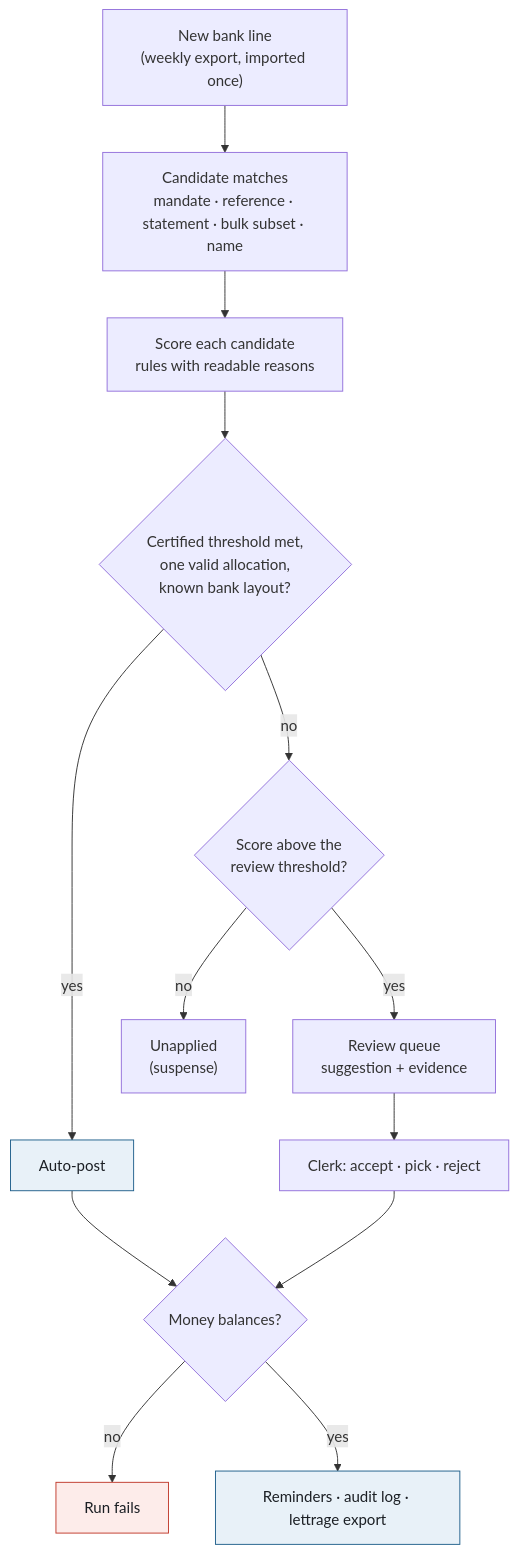
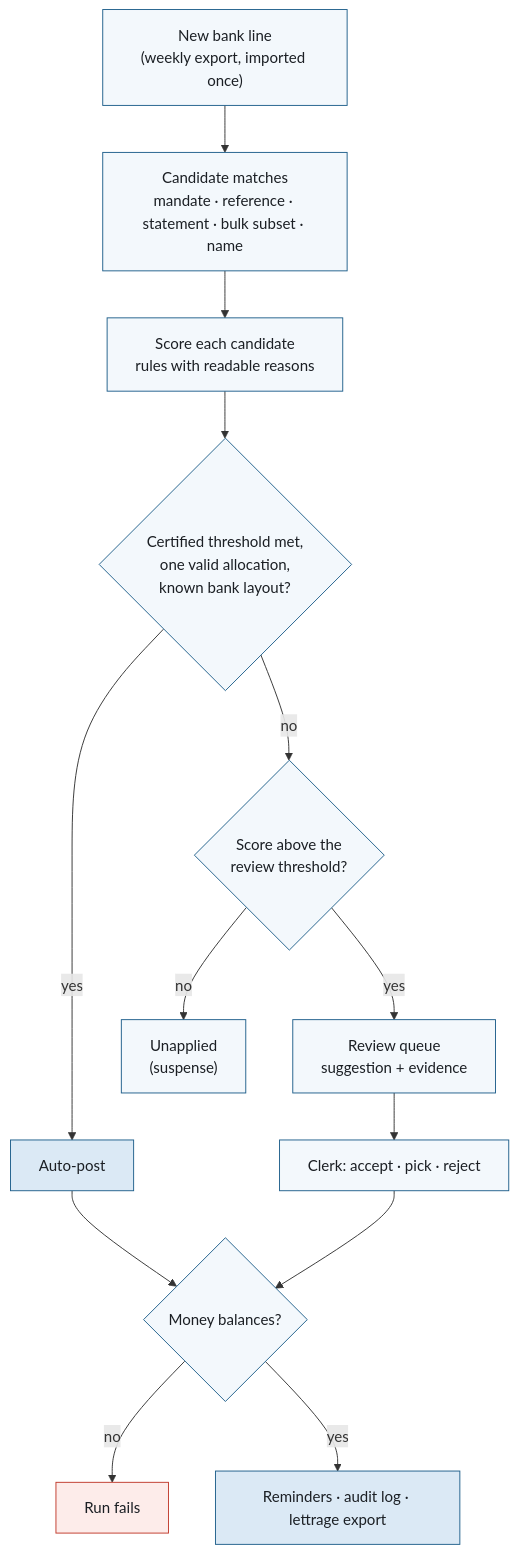
The second of 4 diagrams in README.md (amithkm9/reconcile), drawn with Mermaid before and after one commit. The commit also changed other lines of this file, not shown here.

Commit message:
Unify README diagram colors

````diff
--- a/README.md
+++ b/README.md
@@ -74,19 +74,20 @@
 ```mermaid
 flowchart TD
     L["New bank line<br/>(weekly export, imported once)"] --> C["Candidate matches<br/>mandate · reference · statement · bulk subset · name"]
     C --> S["Score each candidate<br/>rules with readable reasons"]
     S --> Q1{"Certified threshold met,<br/>one valid allocation,<br/>known bank layout?"}
     Q1 -- yes --> A["Auto-post"]
     Q1 -- no --> Q2{"Score above the<br/>review threshold?"}
     Q2 -- yes --> R["Review queue<br/>suggestion + evidence"]
     Q2 -- no --> U["Unapplied<br/>(suspense)"]
     R --> H["Clerk: accept · pick · reject"]
     A --> B{"Money balances?"}
     H --> B
     B -- no --> X["Run fails"]
     B -- yes --> M["Reminders · audit log · lettrage export"]
-    classDef good fill:#e8f1f8,stroke:#1f5f8b,color:#1b1f24
+    classDef default fill:#f3f8fc,stroke:#1f5f8b,color:#1b1f24
+    classDef good fill:#dbe9f5,stroke:#1f5f8b,color:#1b1f24
     classDef stop fill:#fdecea,stroke:#c0392b,color:#1b1f24
     class A,M good
     class X stop
 ```
````
